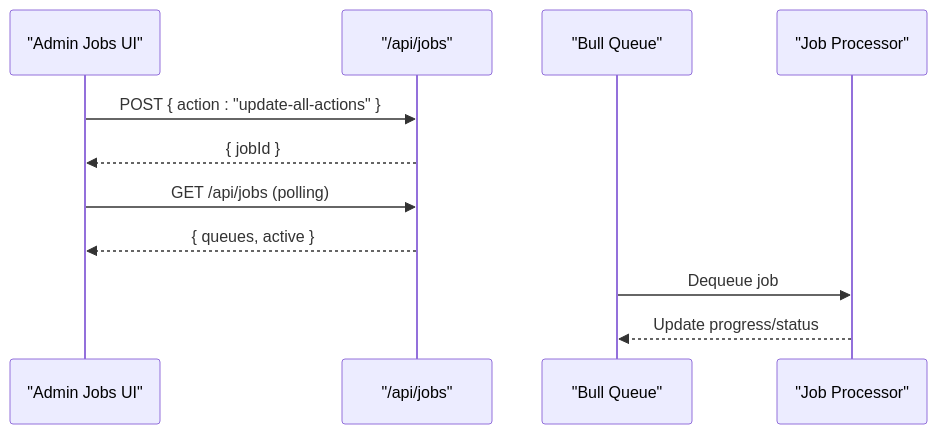
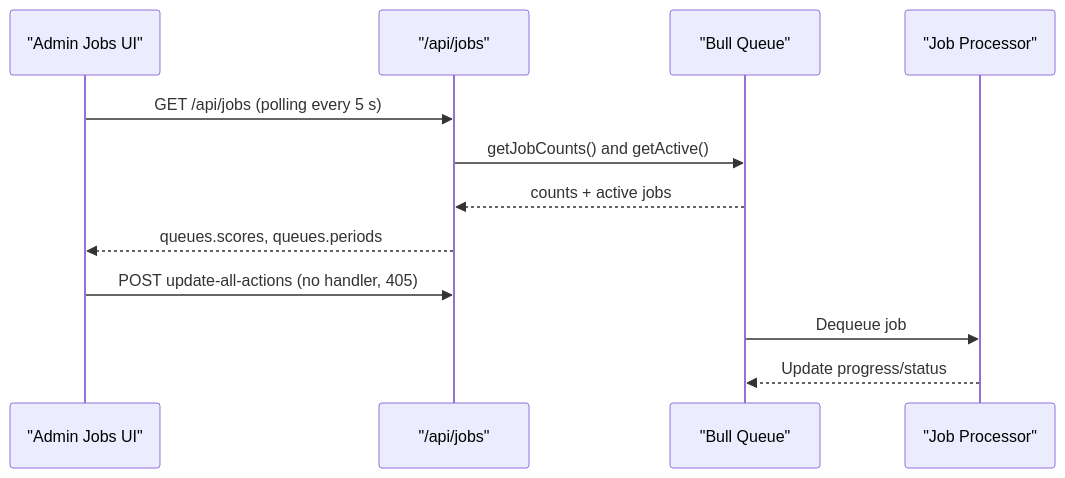
Before and after one commit to Dezzpil/meingym: the fifth of 6 diagrams in .qoder/repowiki/en/content/Architecture Overview/App Pages and Routes.md, drawn with Mermaid. The commit also changed other lines of this file and 12 other files, not shown here.

````diff
--- a/.qoder/repowiki/en/content/Architecture Overview/App Pages and Routes.md
+++ b/.qoder/repowiki/en/content/Architecture Overview/App Pages and Routes.md
@@ -189,13 +294,14 @@
 ```mermaid
 sequenceDiagram
 participant Admin as "Admin Jobs UI"
 participant API as "/api/jobs"
 participant Queue as "Bull Queue"
 participant Worker as "Job Processor"
-Admin->>API : POST { action : "update-all-actions" }
-API-->>Admin : { jobId }
-Admin->>API : GET /api/jobs (polling)
-API-->>Admin : { queues, active }
+Admin->>API : GET /api/jobs (polling every 5 s)
+API->>Queue : getJobCounts() and getActive()
+Queue-->>API : counts + active jobs
+API-->>Admin : queues.scores, queues.periods
+Admin->>API : POST update-all-actions (no handler, 405)
 Queue->>Worker : Dequeue job
 Worker-->>Queue : Update progress/status
 ```
````
